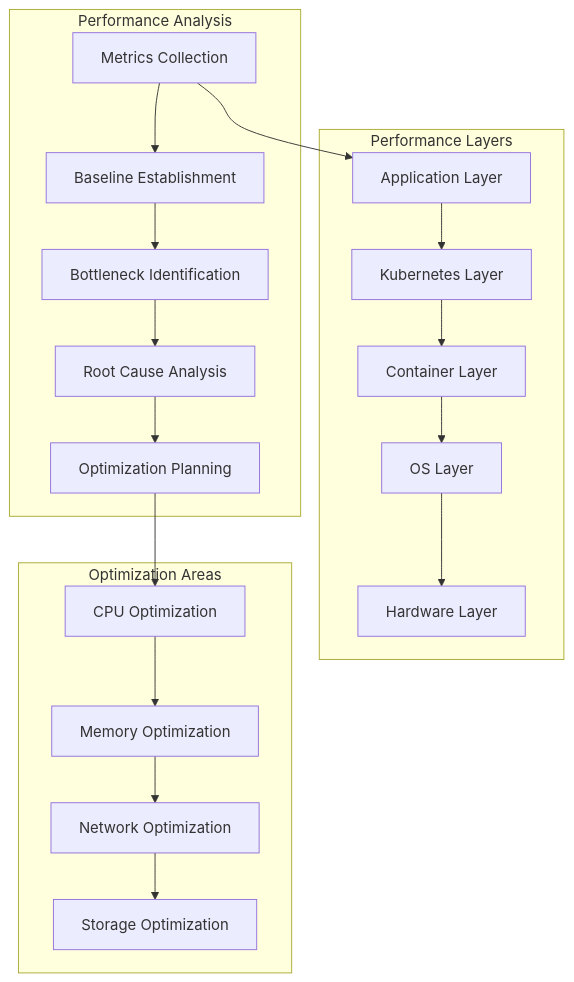
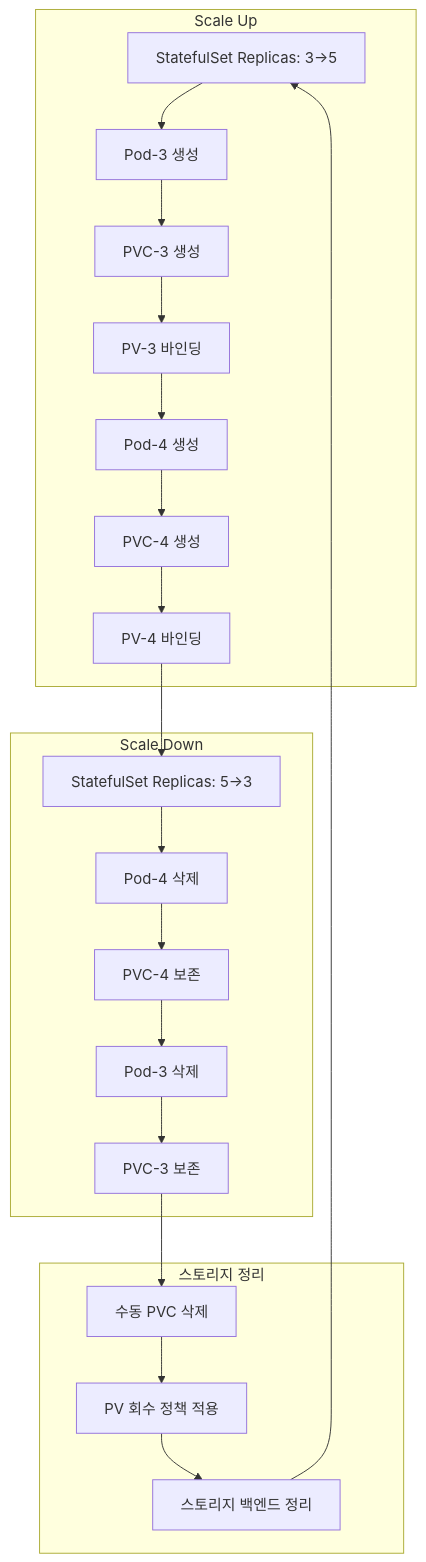
Before and after one commit to niceguy61/kdt_devops_lecture_2025: the fourth of 4 diagrams in week_02/day_04/session_03.md, drawn with Mermaid. The commit also changed other lines of this file and 38 other files, not shown here.

````diff
--- a/week_02/day_04/session_03.md
+++ b/week_02/day_04/session_03.md
@@ -15,25 +388,27 @@
 ```mermaid
 graph TB
-    subgraph "Performance Analysis"
-        A[Metrics Collection] --> B[Baseline Establishment]
-        B --> C[Bottleneck Identification]
-        C --> D[Root Cause Analysis]
-        D --> E[Optimization Planning]
+    subgraph "Scale Up"
+        A[StatefulSet Replicas: 3→5] --> B[Pod-3 생성]
+        B --> C[PVC-3 생성]
+        C --> D[PV-3 바인딩]
+        D --> E[Pod-4 생성]
+        E --> F[PVC-4 생성]
+        F --> G[PV-4 바인딩]
     end
     
-    subgraph "Performance Layers"
-        F[Application Layer] --> G[Kubernetes Layer]
-        G --> H[Container Layer]
-        H --> I[OS Layer]
-        I --> J[Hardware Layer]
+    subgraph "Scale Down"
+        H[StatefulSet Replicas: 5→3] --> I[Pod-4 삭제]
+        I --> J[PVC-4 보존]
+        J --> K[Pod-3 삭제]
+        K --> L[PVC-3 보존]
     end
     
-    subgraph "Optimization Areas"
-        K[CPU Optimization] --> L[Memory Optimization]
-        L --> M[Network Optimization]
-        M --> N[Storage Optimization]
+    subgraph "스토리지 정리"
+        M[수동 PVC 삭제] --> N[PV 회수 정책 적용]
+        N --> O[스토리지 백엔드 정리]
     end
     
-    A --> F
-    E --> K
+    G --> H
+    L --> M
+    O --> A
 ```
````
